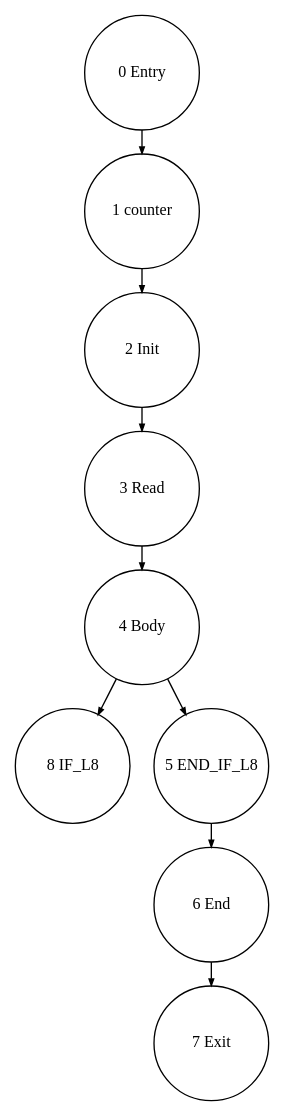
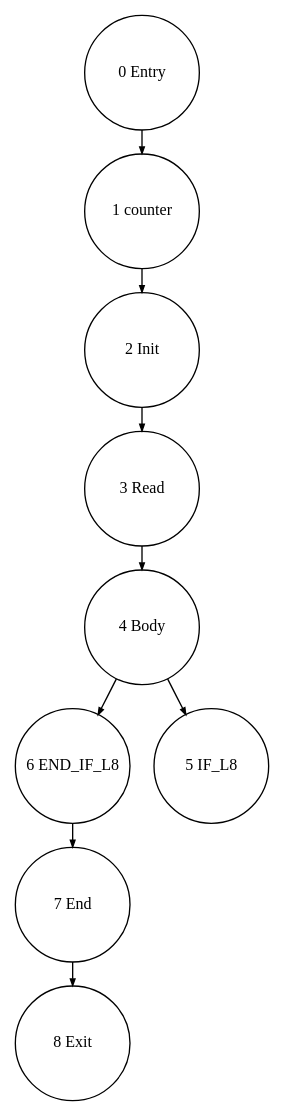
The diagram in tests_programs/paper1_tests/counter_output/Graph_DomTree_0.dot (Geoffrey1014/ST_DSE), drawn with Graphviz before and after one commit. The commit also changed 172 other files, not shown here.

```diff
--- a/tests_programs/paper1_tests/counter_output/Graph_DomTree_0.dot
+++ b/tests_programs/paper1_tests/counter_output/Graph_DomTree_0.dot
@@ -1,15 +1,15 @@
 digraph G {
   ranksep=.25;
   edge [arrowsize=.5]
   node [shape=circle, fontname="ArialNarrow",
         fontsize=12,  height=1.2];
-  "3 Read"; "2 Init"; "0 Entry"; "6 End"; "8 IF_L8"; "1 counter"; "5 END_IF_L8"; "4 Body"; "7 Exit"; 
+  "4 Body"; "3 Read"; "6 END_IF_L8"; "0 Entry"; "7 End"; "8 Exit"; "2 Init"; "5 IF_L8"; "1 counter"; 
   "3 Read" -> "4 Body";
   "2 Init" -> "3 Read";
   "0 Entry" -> "1 counter";
-  "6 End" -> "7 Exit";
+  "7 End" -> "8 Exit";
   "1 counter" -> "2 Init";
-  "5 END_IF_L8" -> "6 End";
-  "4 Body" -> "5 END_IF_L8";
-  "4 Body" -> "8 IF_L8";
+  "6 END_IF_L8" -> "7 End";
+  "4 Body" -> "5 IF_L8";
+  "4 Body" -> "6 END_IF_L8";
 }
```
